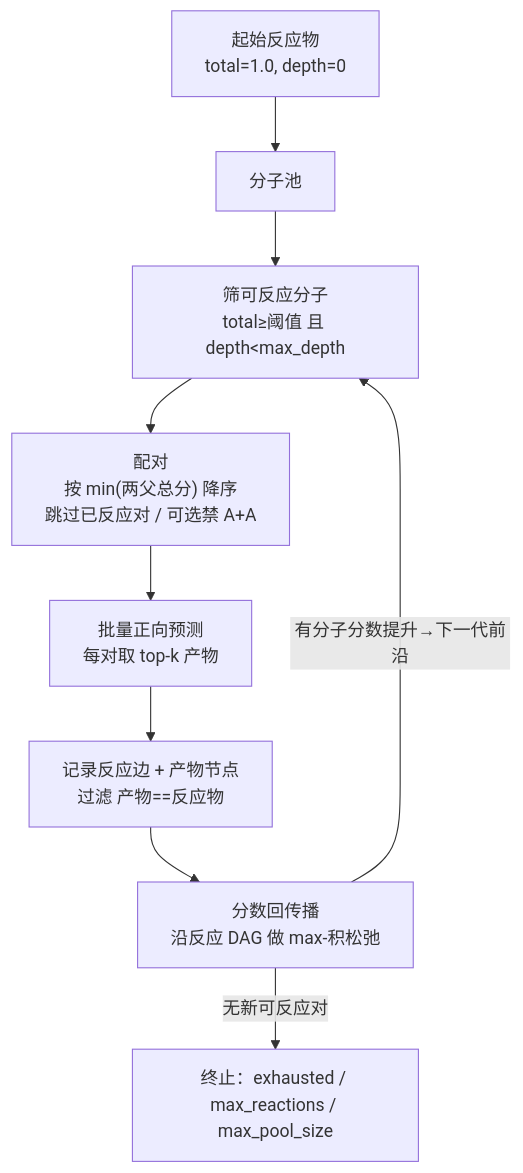
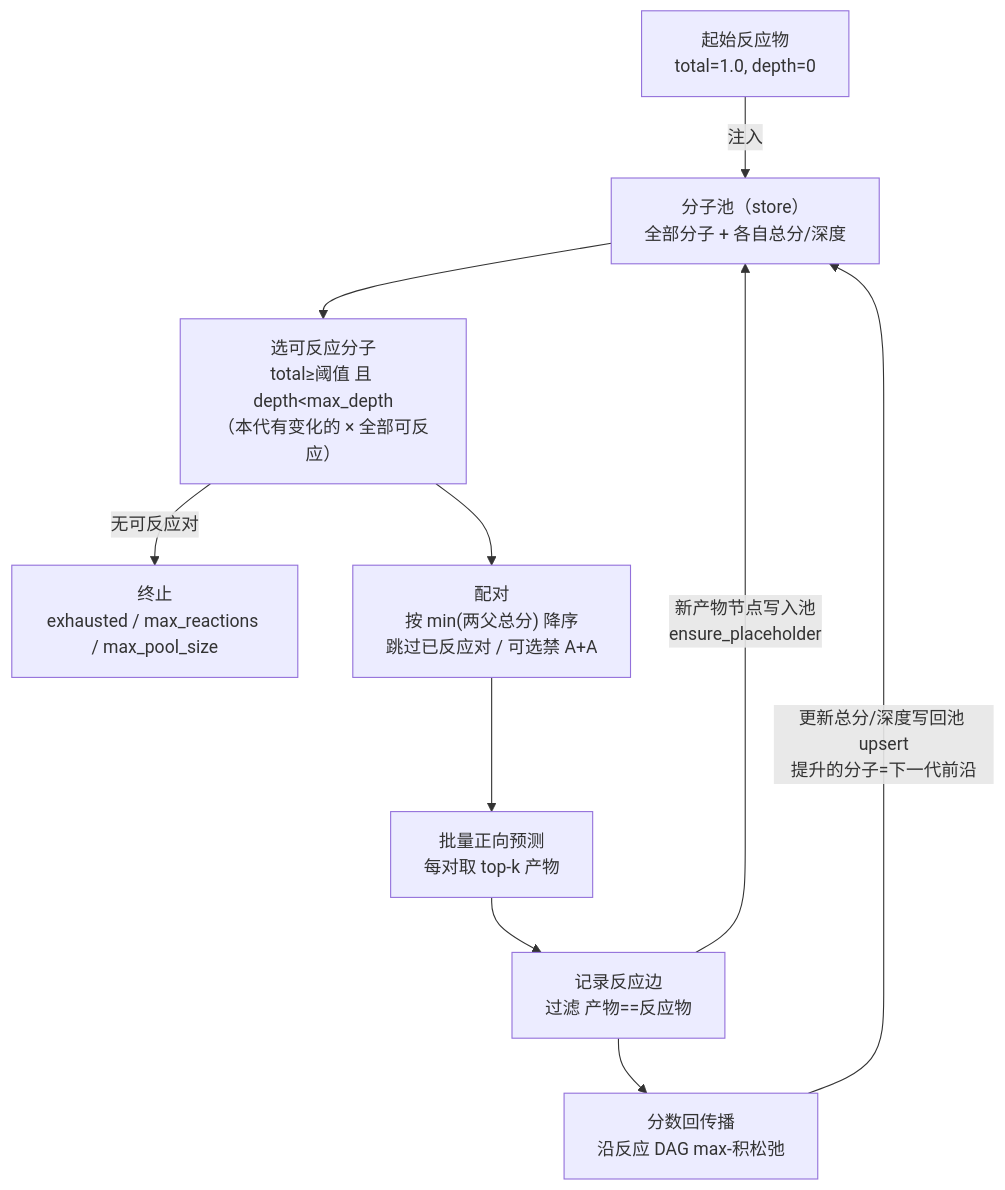
Before and after one commit to zbc0315/synomega: the diagram in docs/research/evolution.md, drawn with Mermaid. The commit also changed other lines of this file and 1 other file, not shown here.

Commit message:
docs(evolution): fix architecture diagram — show the pool updating each round
The pool (the store) is read at selection, then written twice per round: new
product nodes via ensure_placeholder, and updated totals/depths via upsert in
the propagation step. The old diagram looped straight back to selection and
made the pool look static; redraw it as the central store with both writes.

````diff
--- a/docs/research/evolution.md
+++ b/docs/research/evolution.md
@@ -25,11 +25,12 @@
 ```mermaid
 flowchart TD
-    S["起始反应物<br/>total=1.0, depth=0"] --> P["分子池"]
-    P --> R["筛可反应分子<br/>total≥阈值 且 depth&lt;max_depth"]
+    S["起始反应物<br/>total=1.0, depth=0"] -->|注入| POOL
+    POOL["分子池（store）<br/>全部分子 + 各自总分/深度"] --> R["选可反应分子<br/>total≥阈值 且 depth&lt;max_depth<br/>（本代有变化的 × 全部可反应）"]
+    R -->|无可反应对| END["终止<br/>exhausted / max_reactions / max_pool_size"]
     R --> PAIR["配对<br/>按 min(两父总分) 降序<br/>跳过已反应对 / 可选禁 A+A"]
     PAIR --> FWD["批量正向预测<br/>每对取 top-k 产物"]
-    FWD --> REC["记录反应边 + 产物节点<br/>过滤 产物==反应物"]
-    REC --> RELAX["分数回传播<br/>沿反应 DAG 做 max-积松弛"]
-    RELAX -->|有分子分数提升→下一代前沿| R
-    RELAX -->|无新可反应对| END["终止：exhausted / max_reactions / max_pool_size"]
+    FWD --> REC["记录反应边<br/>过滤 产物==反应物"]
+    REC -->|新产物节点写入池<br/>ensure_placeholder| POOL
+    REC --> RELAX["分数回传播<br/>沿反应 DAG max-积松弛"]
+    RELAX -->|更新总分/深度写回池 upsert<br/>提升的分子=下一代前沿| POOL
 ```
````
